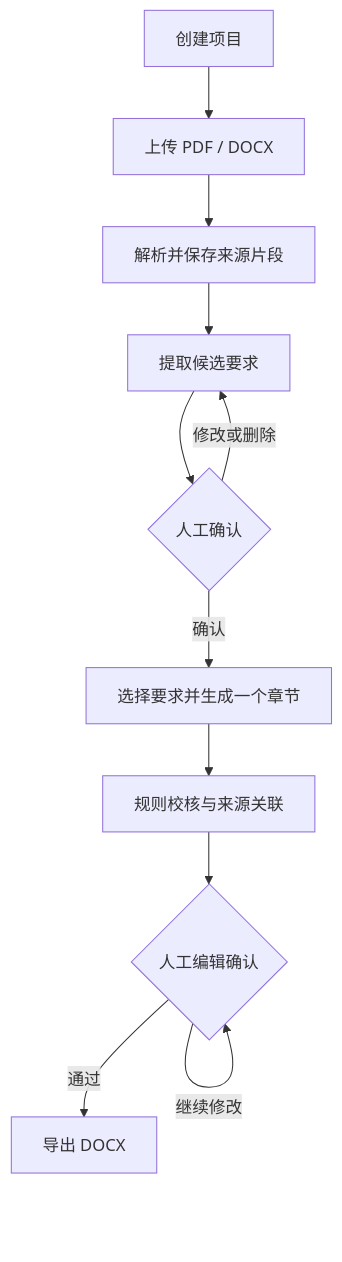
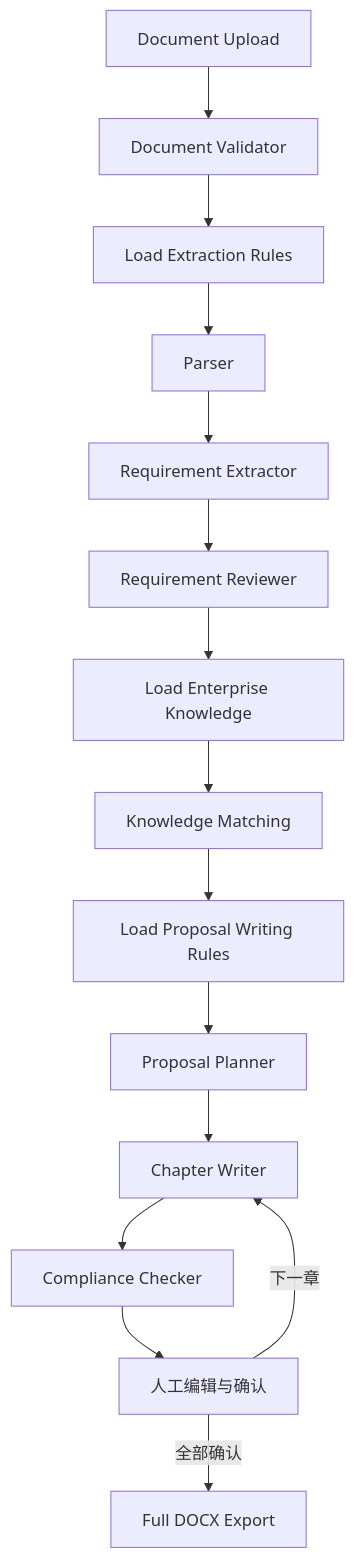
The second of 2 diagrams in docs/ARCHITECTURE.md (angela19990616-alt/bid-agent), drawn with Mermaid before and after one commit. The commit also changed other lines of this file and 58 other files, not shown here.

````diff
--- a/docs/ARCHITECTURE.md
+++ b/docs/ARCHITECTURE.md
@@ -42,13 +24,17 @@
 ```mermaid
 flowchart TD
-    A["创建项目"] --> B["上传 PDF / DOCX"]
-    B --> C["解析并保存来源片段"]
-    C --> D["提取候选要求"]
-    D --> E{"人工确认"}
-    E -->|修改或删除| D
-    E -->|确认| F["选择要求并生成一个章节"]
-    F --> G["规则校核与来源关联"]
-    G --> H{"人工编辑确认"}
-    H -->|继续修改| H
-    H -->|通过| I["导出 DOCX"]
+    A["Document Upload"] --> B["Document Validator"]
+    B --> C["Load Extraction Rules"]
+    C --> D["Parser"]
+    D --> E["Requirement Extractor"]
+    E --> F["Requirement Reviewer"]
+    F --> G["Load Enterprise Knowledge"]
+    G --> H["Knowledge Matching"]
+    H --> I["Load Proposal Writing Rules"]
+    I --> J["Proposal Planner"]
+    J --> K["Chapter Writer"]
+    K --> L["Compliance Checker"]
+    L --> M["人工编辑与确认"]
+    M -->|下一章| K
+    M -->|全部确认| N["Full DOCX Export"]
 ```
````
